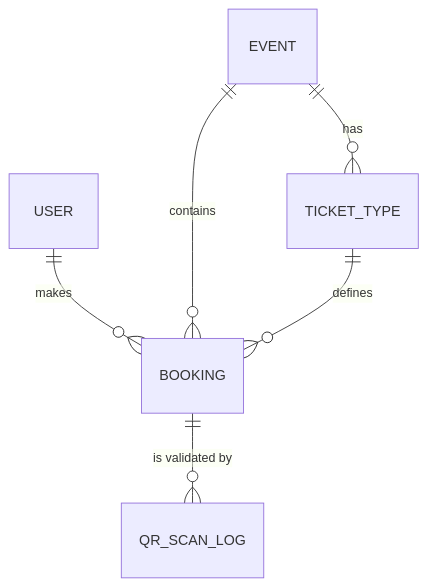
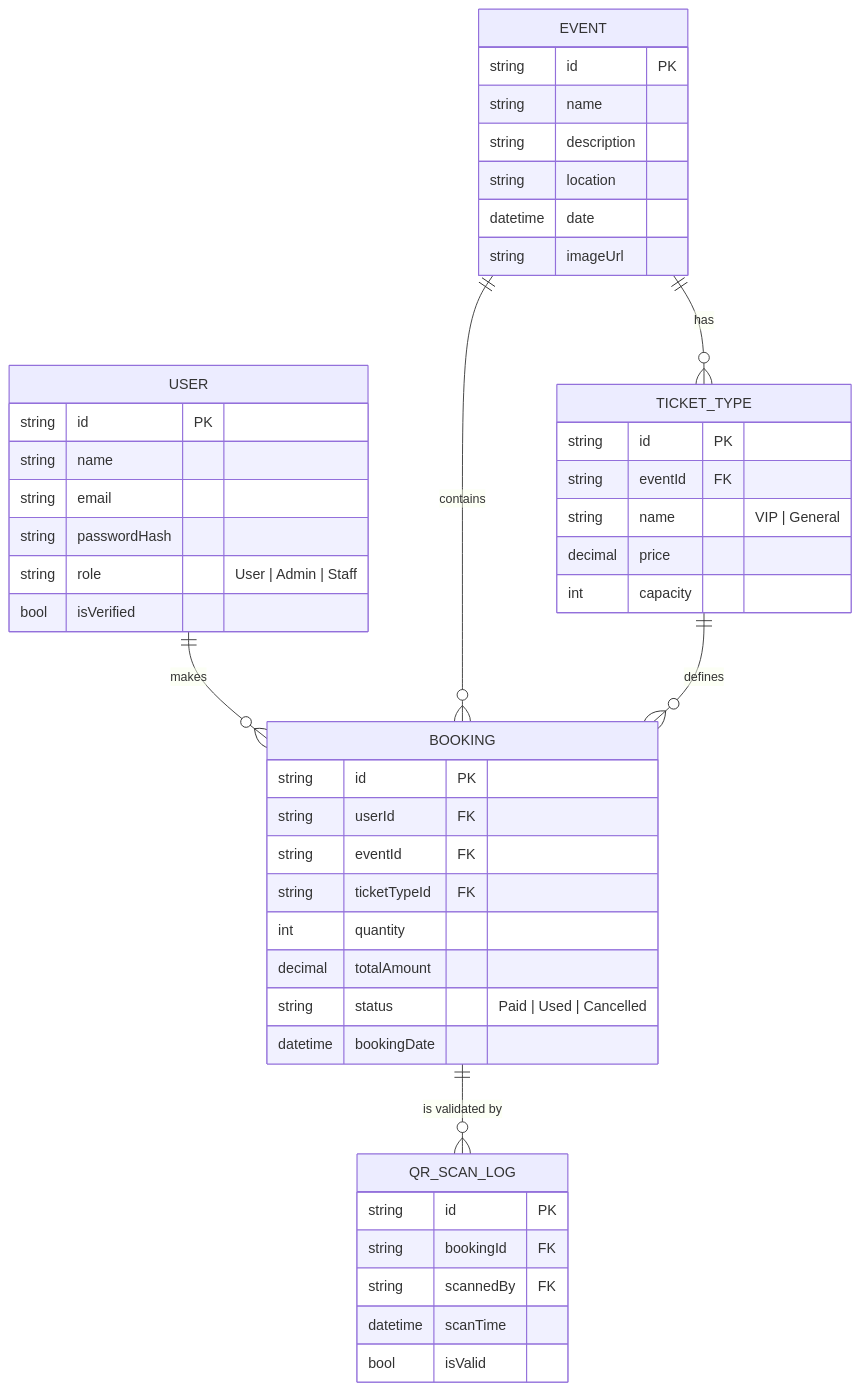
Before and after one commit to noman1922/TicketManagementSystem: the second of 5 diagrams in README.md, drawn with Mermaid. The commit also changed other lines of this file, not shown here.

````diff
--- a/README.md
+++ b/README.md
@@ -67,23 +69,48 @@
 ```mermaid
 erDiagram
     USER {
-        
+        string id PK
+        string name
+        string email
+        string passwordHash
+        string role "User | Admin | Staff"
+        bool isVerified
     }
     EVENT {
-       
+        string id PK
+        string name
+        string description
+        string location
+        datetime date
+        string imageUrl
     }
     TICKET_TYPE {
-        
+        string id PK
+        string eventId FK
+        string name "VIP | General"
+        decimal price
+        int capacity
     }
     BOOKING {
-        
+        string id PK
+        string userId FK
+        string eventId FK
+        string ticketTypeId FK
+        int quantity
+        decimal totalAmount
+        string status "Paid | Used | Cancelled"
+        datetime bookingDate
     }
     QR_SCAN_LOG {
-      
+        string id PK
+        string bookingId FK
+        string scannedBy FK
+        datetime scanTime
+        bool isValid
     }
     USER ||--o{ BOOKING : "makes"
     EVENT ||--o{ TICKET_TYPE : "has"
     EVENT ||--o{ BOOKING : "contains"
     TICKET_TYPE ||--o{ BOOKING : "defines"
     BOOKING ||--o{ QR_SCAN_LOG : "is validated by"
 ```
````
